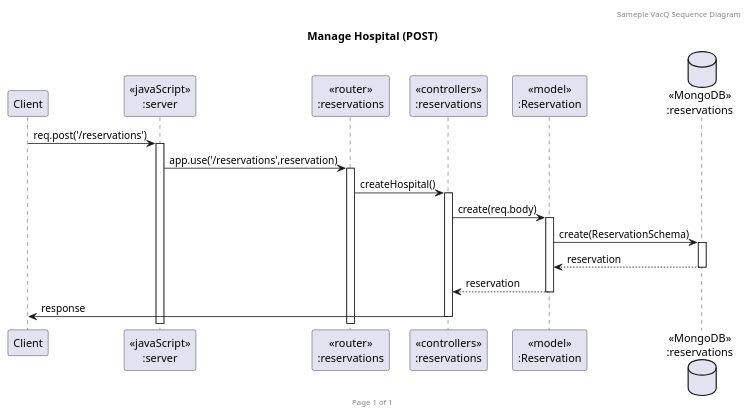
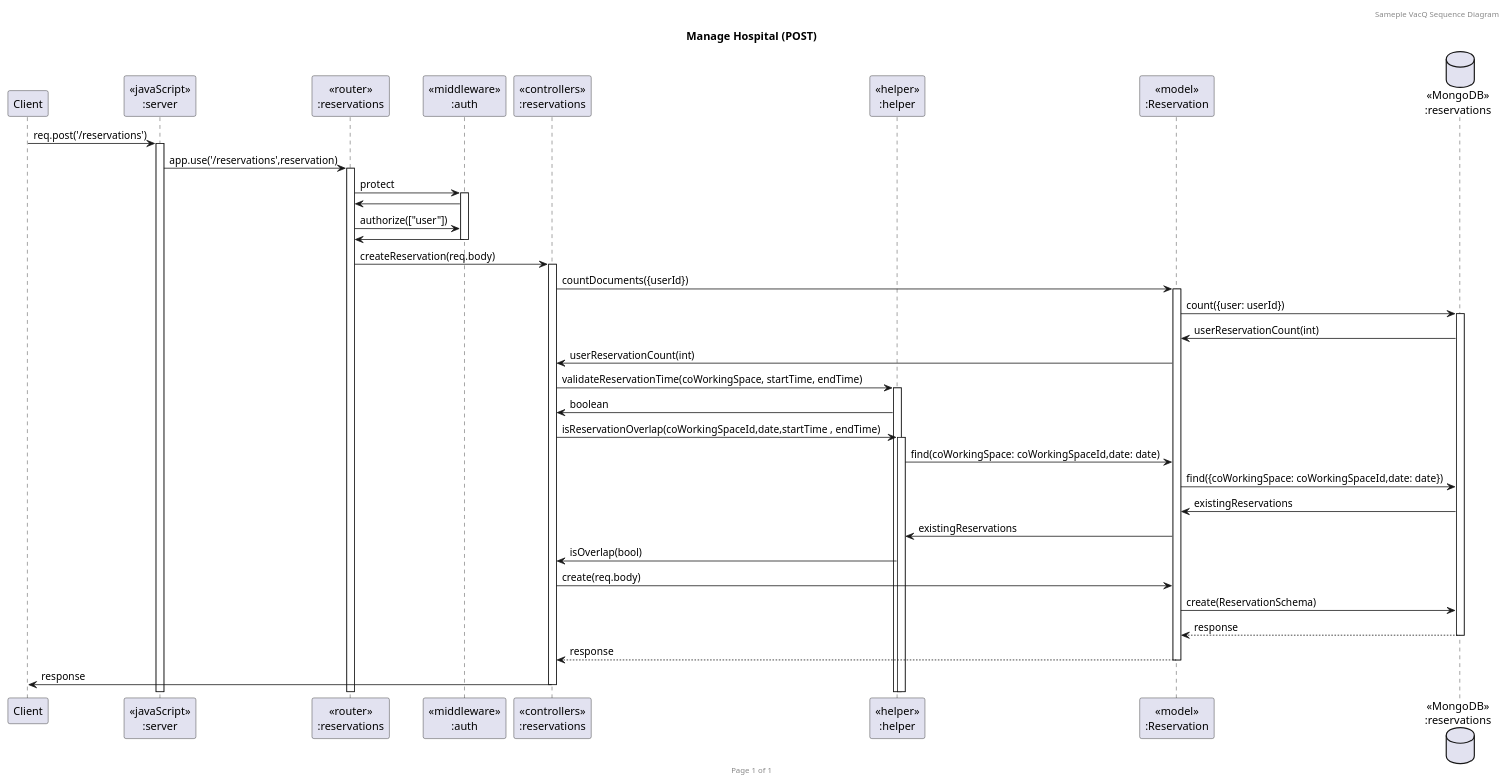
Before and after one commit to GavinITP/co-working-space-reservation: the diagram in uml/coWorking_reservation_post.puml, drawn with PlantUML. The commit also changed 4 other files, not shown here.

Commit message:
reservation sequence fix

```diff
--- a/uml/coWorking_reservation_post.puml
+++ b/uml/coWorking_reservation_post.puml
@@ -1,23 +1,43 @@
 @startuml Manage Hospital (POST)
 
 header Sameple VacQ Sequence Diagram
 footer Page %page% of %lastpage%
 title "Manage Hospital (POST)"
 
 participant "Client" as client
 participant "<<javaScript>>\n:server" as server
 participant "<<router>>\n:reservations" as routerReservation
+participant "<<middleware>>\n:auth" as middleware
 participant "<<controllers>>\n:reservations" as controllersReservation
+participant "<<helper>>\n:helper" as helper
 participant "<<model>>\n:Reservation" as modelReservation
 database "<<MongoDB>>\n:reservations" as ReservationDatabase
 
 client->server ++:req.post('/reservations')
 server->routerReservation ++:app.use('/reservations',reservation)
-routerReservation -> controllersReservation ++:createHospital()
-controllersReservation->modelReservation ++:create(req.body)
-modelReservation ->ReservationDatabase ++: create(ReservationSchema)
-ReservationDatabase --> modelReservation --: reservation
-controllersReservation <-- modelReservation --: reservation
+routerReservation -> middleware ++: protect
+middleware -> routerReservation : 
+routerReservation -> middleware : authorize(["user"])
+middleware -> routerReservation --: 
+routerReservation -> controllersReservation ++:createReservation(req.body)
+controllersReservation -> modelReservation ++: countDocuments({userId})
+modelReservation -> ReservationDatabase ++: count({user: userId})
+ReservationDatabase -> modelReservation : userReservationCount(int)
+modelReservation -> controllersReservation : userReservationCount(int)
+controllersReservation -> helper ++: validateReservationTime(coWorkingSpace, startTime, endTime)
+helper -> controllersReservation : boolean
+controllersReservation -> helper ++: isReservationOverlap(coWorkingSpaceId,date,startTime , endTime)
+helper -> modelReservation : find(coWorkingSpace: coWorkingSpaceId,date: date)
+modelReservation -> ReservationDatabase: find({coWorkingSpace: coWorkingSpaceId,date: date})
+ReservationDatabase -> modelReservation: existingReservations
+modelReservation -> helper : existingReservations
+helper -> controllersReservation : isOverlap(bool)
+
+' modelReservation -> controllersReservation : response
+controllersReservation->modelReservation :create(req.body)
+modelReservation ->ReservationDatabase : create(ReservationSchema)
+ReservationDatabase --> modelReservation --: response
+controllersReservation <-- modelReservation --: response
 controllersReservation->client --:response
 
 @enduml
```
